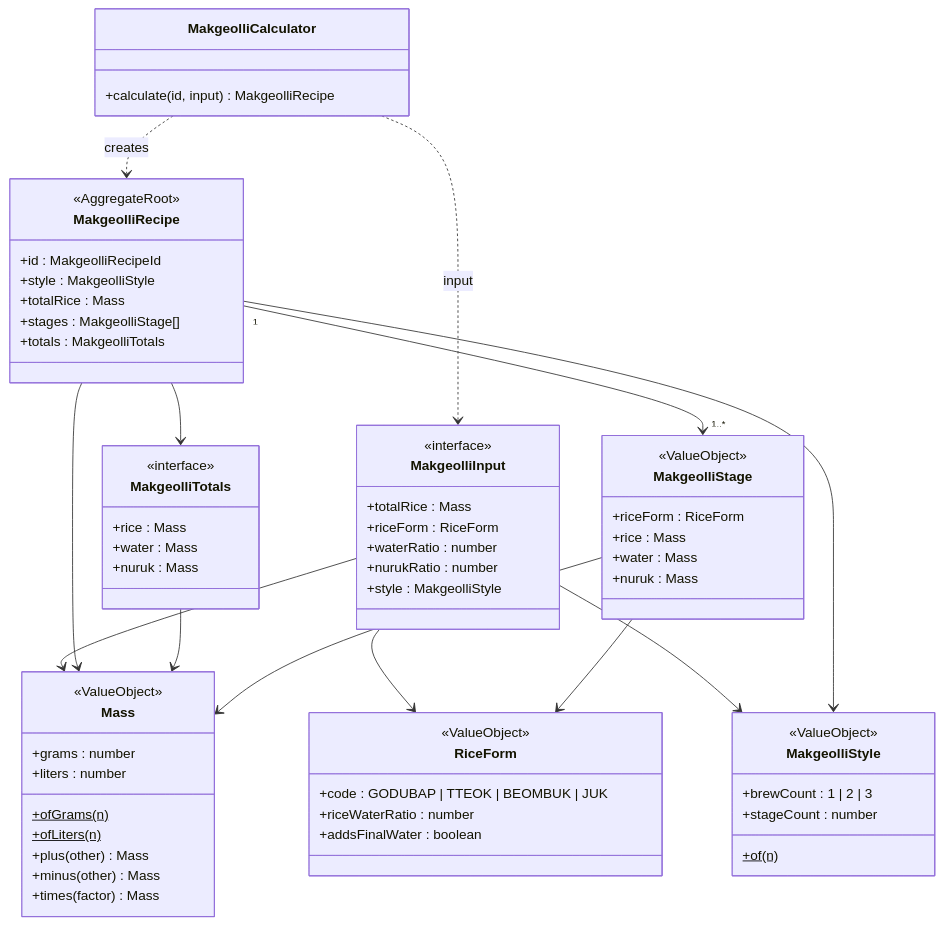
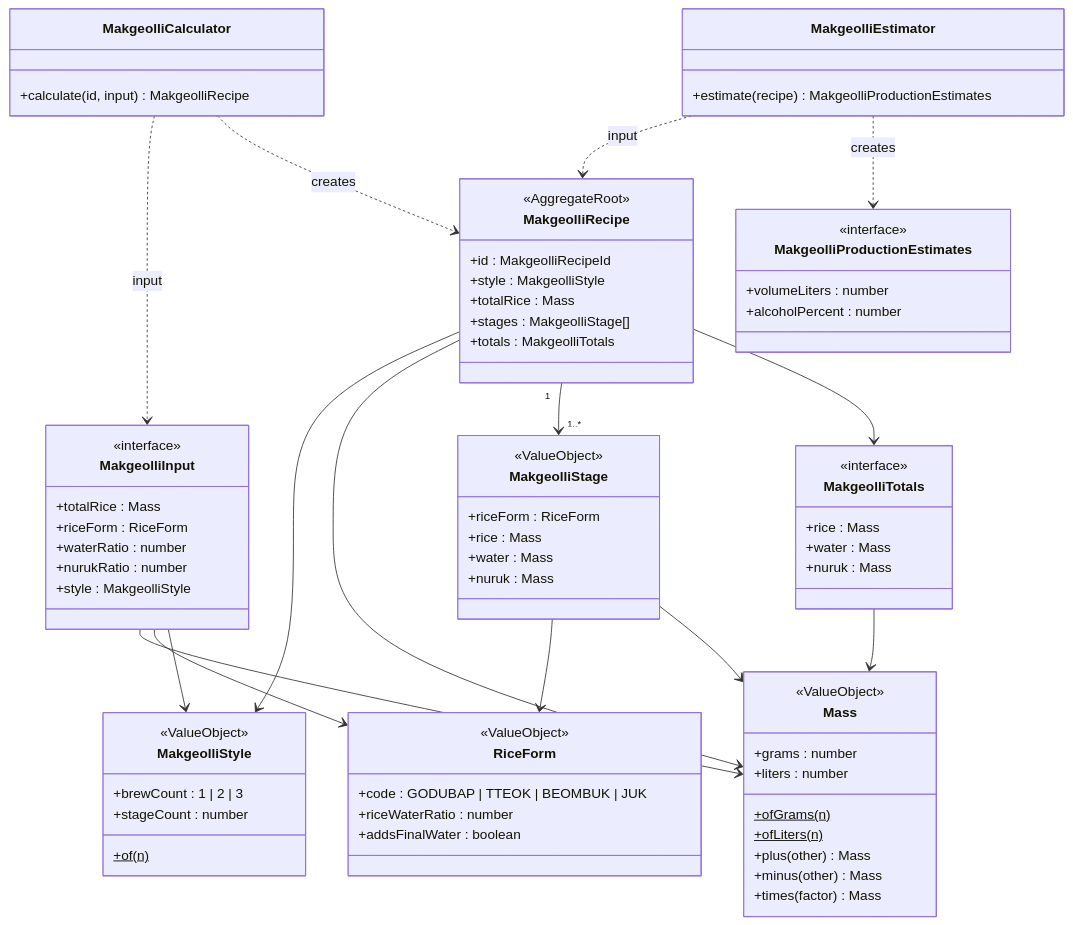
The diagram in packages/domain/README.md (TransparentDeveloper/alcolmeter), drawn with Mermaid before and after one commit. The commit also changed other lines of this file and 8 other files, not shown here.

Commit message:
feat: MakgeolliEstimator 서비스 추가 (생산량·도수 추정)

````diff
--- a/packages/domain/README.md
+++ b/packages/domain/README.md
@@ -69,6 +69,16 @@
         +times(factor) Mass
     }
 
+    class MakgeolliEstimator {
+        +estimate(recipe) MakgeolliProductionEstimates
+    }
+
+    class MakgeolliProductionEstimates {
+        <<interface>>
+        +volumeLiters : number
+        +alcoholPercent : number
+    }
+
     MakgeolliCalculator ..> MakgeolliInput : input
     MakgeolliCalculator ..> MakgeolliRecipe : creates
     MakgeolliInput --> Mass
@@ -81,4 +91,6 @@
     MakgeolliTotals --> Mass
     MakgeolliStage --> RiceForm
     MakgeolliStage --> Mass
+    MakgeolliEstimator ..> MakgeolliRecipe : input
+    MakgeolliEstimator ..> MakgeolliProductionEstimates : creates
 ```
````
